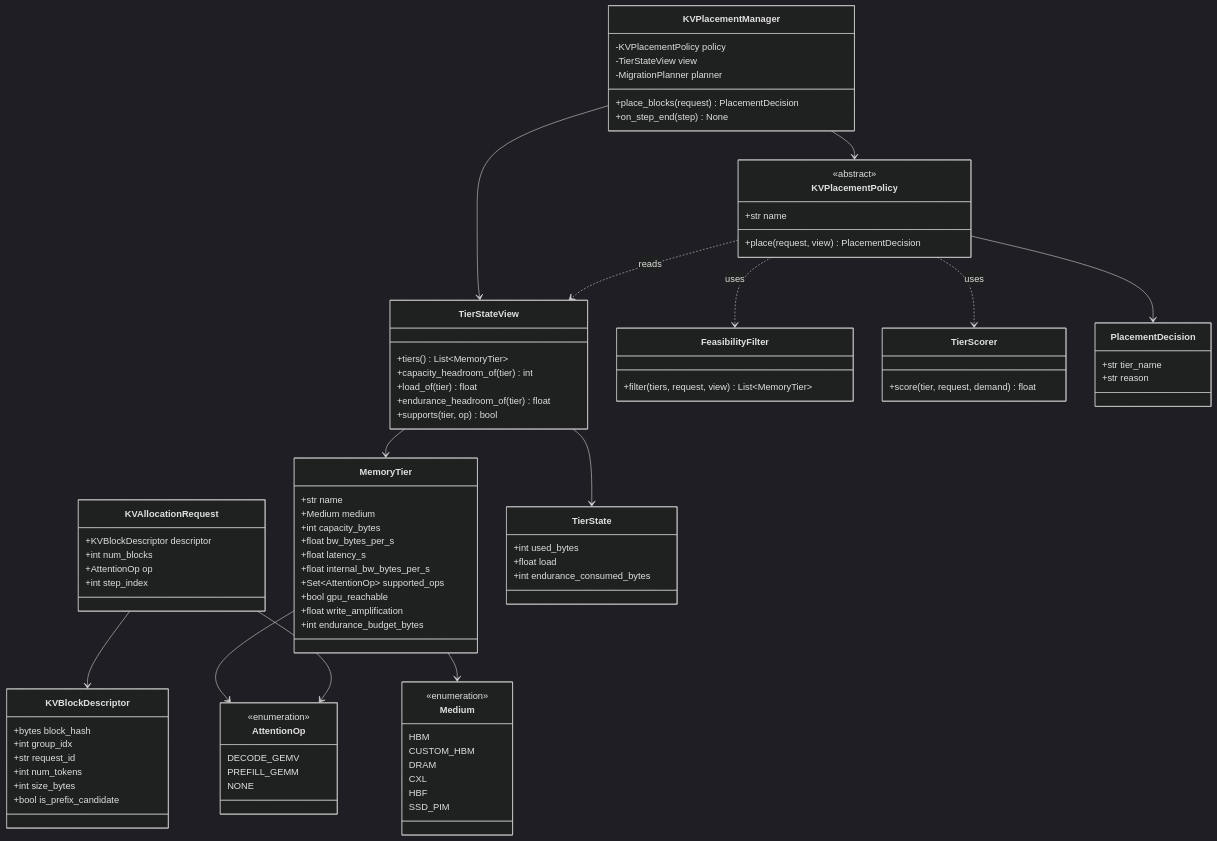
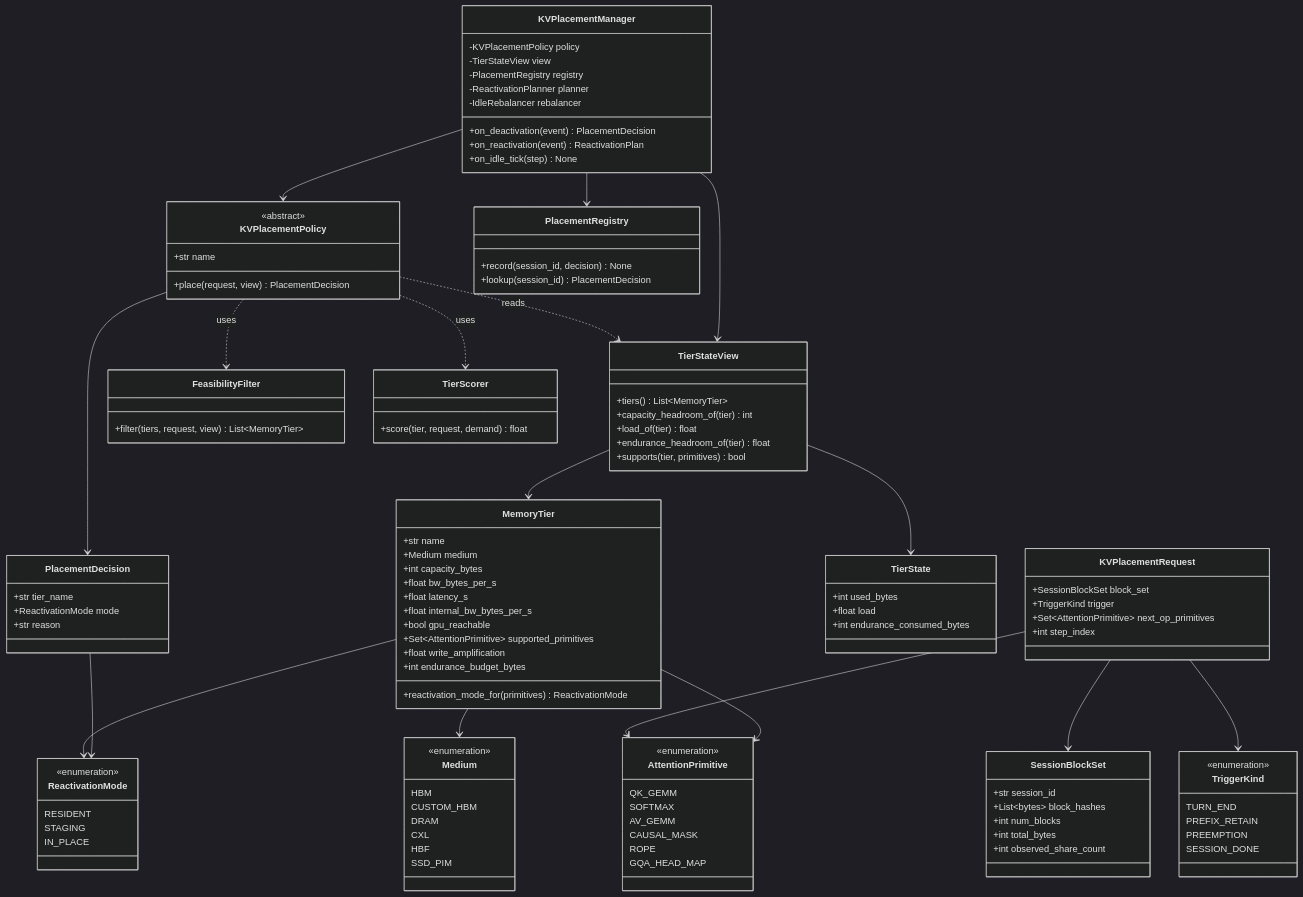
The second of 8 diagrams in doc-architect/dp1-implementation-uml.md (mkim0628/vllm), drawn with Mermaid (dark theme) before and after one commit. The commit also changed other lines of this file and 2 other files, not shown here.

````diff
--- a/doc-architect/dp1-implementation-uml.md
+++ b/doc-architect/dp1-implementation-uml.md
@@ -72,10 +82,28 @@
 ```mermaid
 classDiagram
-    class AttentionOp {
+    class TriggerKind {
         <<enumeration>>
-        DECODE_GEMV
-        PREFILL_GEMM
-        NONE
+        TURN_END
+        PREFIX_RETAIN
+        PREEMPTION
+        SESSION_DONE
+    }
+
+    class AttentionPrimitive {
+        <<enumeration>>
+        QK_GEMM
+        SOFTMAX
+        AV_GEMM
+        CAUSAL_MASK
+        ROPE
+        GQA_HEAD_MAP
+    }
+
+    class ReactivationMode {
+        <<enumeration>>
+        RESIDENT
+        STAGING
+        IN_PLACE
     }
 
     class Medium {
@@ -88,19 +116,18 @@
         SSD_PIM
     }
 
-    class KVBlockDescriptor {
-        +bytes block_hash
-        +int group_idx
-        +str request_id
-        +int num_tokens
-        +int size_bytes
-        +bool is_prefix_candidate
+    class SessionBlockSet {
+        +str session_id
+        +List~bytes~ block_hashes
+        +int num_blocks
+        +int total_bytes
+        +int observed_share_count
     }
 
-    class KVAllocationRequest {
-        +KVBlockDescriptor descriptor
-        +int num_blocks
-        +AttentionOp op
+    class KVPlacementRequest {
+        +SessionBlockSet block_set
+        +TriggerKind trigger
+        +Set~AttentionPrimitive~ next_op_primitives
         +int step_index
     }
 
@@ -111,10 +138,11 @@
         +float bw_bytes_per_s
         +float latency_s
         +float internal_bw_bytes_per_s
-        +Set~AttentionOp~ supported_ops
         +bool gpu_reachable
+        +Set~AttentionPrimitive~ supported_primitives
         +float write_amplification
         +int endurance_budget_bytes
+        +reactivation_mode_for(primitives) ReactivationMode
     }
 
     class TierState {
@@ -128,7 +156,7 @@
         +capacity_headroom_of(tier) int
         +load_of(tier) float
         +endurance_headroom_of(tier) float
-        +supports(tier, op) bool
+        +supports(tier, primitives) bool
     }
 
     class FeasibilityFilter {
@@ -141,6 +169,7 @@
 
     class PlacementDecision {
         +str tier_name
+        +ReactivationMode mode
         +str reason
     }
 
@@ -150,24 +179,36 @@
         +place(request, view) PlacementDecision
     }
 
+    class PlacementRegistry {
+        +record(session_id, decision) None
+        +lookup(session_id) PlacementDecision
+    }
+
     class KVPlacementManager {
         -KVPlacementPolicy policy
         -TierStateView view
-        -MigrationPlanner planner
-        +place_blocks(request) PlacementDecision
-        +on_step_end(step) None
+        -PlacementRegistry registry
+        -ReactivationPlanner planner
+        -IdleRebalancer rebalancer
+        +on_deactivation(event) PlacementDecision
+        +on_reactivation(event) ReactivationPlan
+        +on_idle_tick(step) None
     }
 
-    KVAllocationRequest --> KVBlockDescriptor
-    KVAllocationRequest --> AttentionOp
+    KVPlacementRequest --> SessionBlockSet
+    KVPlacementRequest --> TriggerKind
+    KVPlacementRequest --> AttentionPrimitive
     MemoryTier --> Medium
-    MemoryTier --> AttentionOp
+    MemoryTier --> AttentionPrimitive
+    MemoryTier --> ReactivationMode
     TierStateView --> MemoryTier
     TierStateView --> TierState
+    PlacementDecision --> ReactivationMode
     KVPlacementPolicy --> PlacementDecision
     KVPlacementPolicy ..> TierStateView : reads
     KVPlacementPolicy ..> FeasibilityFilter : uses
     KVPlacementPolicy ..> TierScorer : uses
     KVPlacementManager --> KVPlacementPolicy
     KVPlacementManager --> TierStateView
+    KVPlacementManager --> PlacementRegistry
 ```
````
